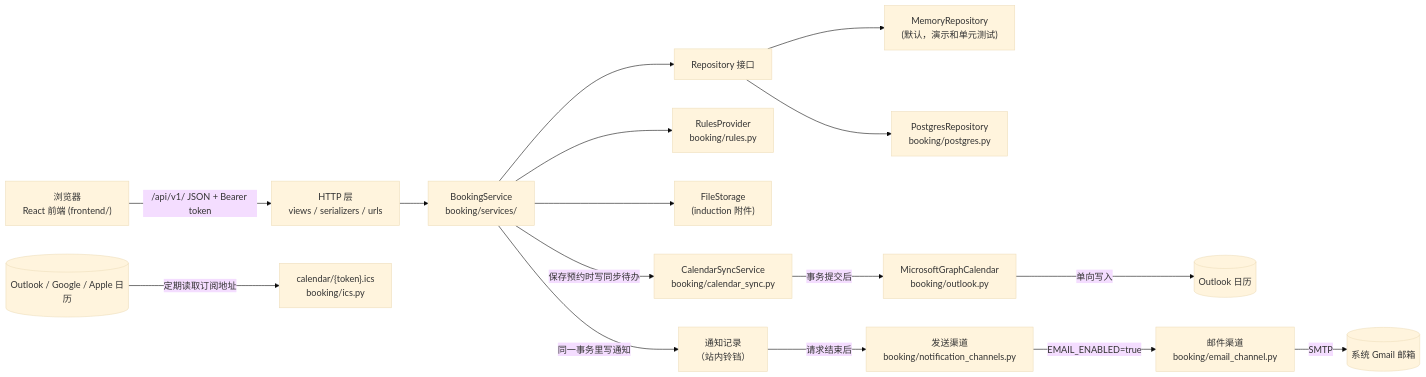
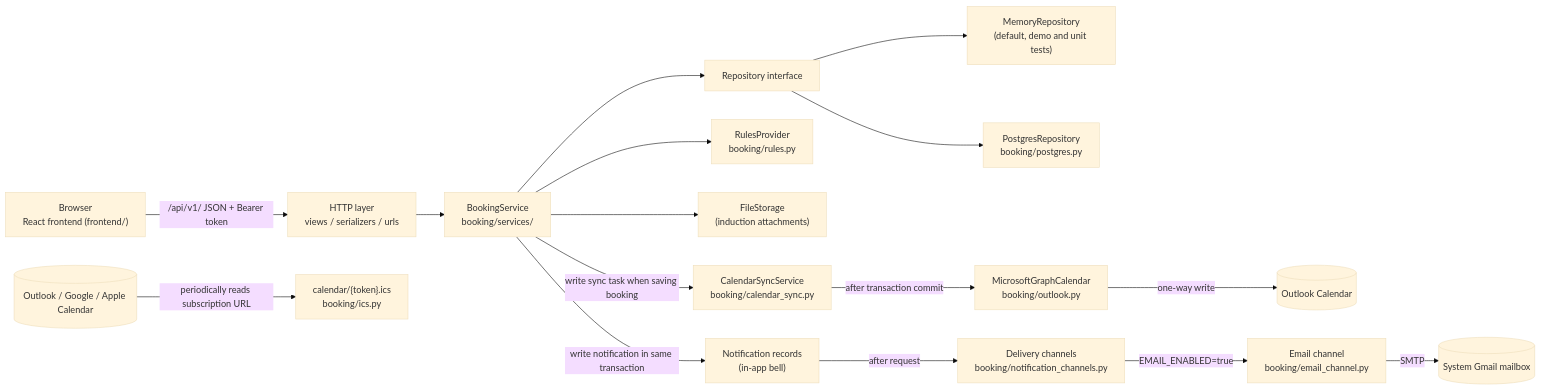
The first of 2 diagrams in ARCHITECTURE.md (loy3z/SmartLab), drawn with Mermaid (base theme) before and after one commit. The commit also changed other lines of this file and 14 other files, not shown here.

````diff
--- a/ARCHITECTURE.md
+++ b/ARCHITECTURE.md
@@ -7,18 +7,18 @@
 ```mermaid
 flowchart LR
-    Browser["浏览器<br>React 前端 (frontend/)"] -->|"/api/v1/ JSON + Bearer token"| API["HTTP 层<br>views / serializers / urls"]
+    Browser["Browser<br>React frontend (frontend/)"] -->|"/api/v1/ JSON + Bearer token"| API["HTTP layer<br>views / serializers / urls"]
     API --> Service["BookingService<br>booking/services/"]
-    Service --> Repo["Repository 接口"]
-    Repo --> Mem["MemoryRepository<br>(默认，演示和单元测试)"]
+    Service --> Repo["Repository interface"]
+    Repo --> Mem["MemoryRepository<br>(default, demo and unit tests)"]
     Repo --> PG["PostgresRepository<br>booking/postgres.py"]
     Service --> Rules["RulesProvider<br>booking/rules.py"]
-    Service --> Storage["FileStorage<br>(induction 附件)"]
-    Service -->|"保存预约时写同步待办"| Sync["CalendarSyncService<br>booking/calendar_sync.py"]
-    Sync -->|"事务提交后"| Graph["MicrosoftGraphCalendar<br>booking/outlook.py"]
-    Graph -->|"单向写入"| Outlook[("Outlook 日历")]
-    Service -->|"同一事务里写通知"| Notes["通知记录<br>（站内铃铛）"]
-    Notes -->|"请求结束后"| Channels["发送渠道<br>booking/notification_channels.py"]
-    Channels -->|"EMAIL_ENABLED=true"| Mail["邮件渠道<br>booking/email_channel.py"]
-    Mail -->|"SMTP"| Gmail[("系统 Gmail 邮箱")]
-    CalApp[("Outlook / Google / Apple 日历")] -->|"定期读取订阅地址"| Feed["calendar/{token}.ics<br>booking/ics.py"]
+    Service --> Storage["FileStorage<br>(induction attachments)"]
+    Service -->|"write sync task when saving booking"| Sync["CalendarSyncService<br>booking/calendar_sync.py"]
+    Sync -->|"after transaction commit"| Graph["MicrosoftGraphCalendar<br>booking/outlook.py"]
+    Graph -->|"one-way write"| Outlook[("Outlook Calendar")]
+    Service -->|"write notification in same transaction"| Notes["Notification records<br>(in-app bell)"]
+    Notes -->|"after request"| Channels["Delivery channels<br>booking/notification_channels.py"]
+    Channels -->|"EMAIL_ENABLED=true"| Mail["Email channel<br>booking/email_channel.py"]
+    Mail -->|"SMTP"| Gmail[("System Gmail mailbox")]
+    CalApp[("Outlook / Google / Apple Calendar")] -->|"periodically reads subscription URL"| Feed["calendar/{token}.ics<br>booking/ics.py"]
 ```
````
